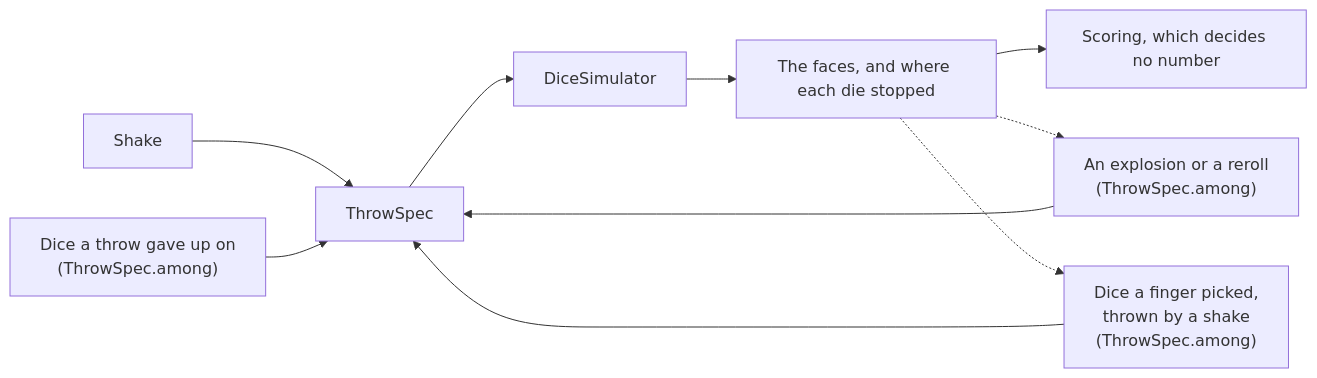
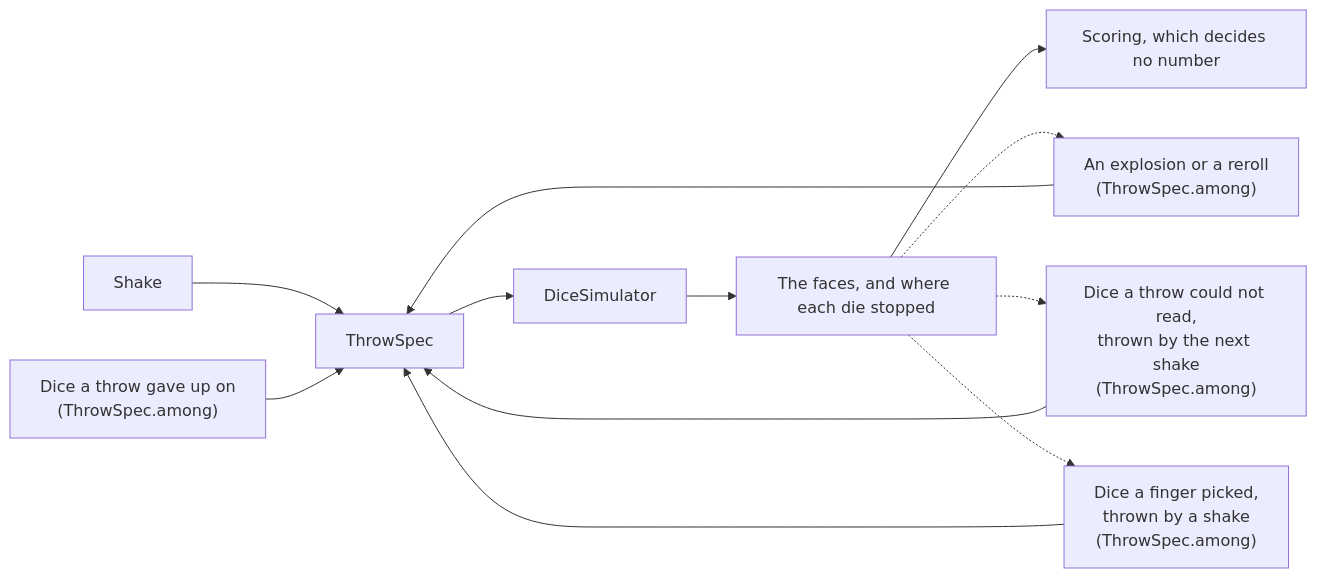
One commit to drehtuer/dInfinityApp changed the first of 2 diagrams in docs/physics-and-rendering.md. Above: the diagram before and after it, drawn with Mermaid. The commit also changed other lines of this file and 42 other files, not shown here.

````diff
--- a/docs/physics-and-rendering.md
+++ b/docs/physics-and-rendering.md
@@ -328,12 +333,14 @@
 ```mermaid
 flowchart LR
   shake["Shake"] --> spec["ThrowSpec"]
   chain["An explosion or a reroll<br/>(ThrowSpec.among)"] --> spec
+  unread["Dice a throw could not read,<br/>thrown by the next shake<br/>(ThrowSpec.among)"] --> spec
   stalled["Dice a throw gave up on<br/>(ThrowSpec.among)"] --> spec
   hand["Dice a finger picked,<br/>thrown by a shake<br/>(ThrowSpec.among)"] --> spec
   spec --> sim["DiceSimulator"]
   sim --> faces["The faces, and where each die stopped"]
   faces --> score["Scoring, which decides no number"]
   faces -.-> chain
+  faces -.-> unread
   faces -.-> hand
 ```
````
